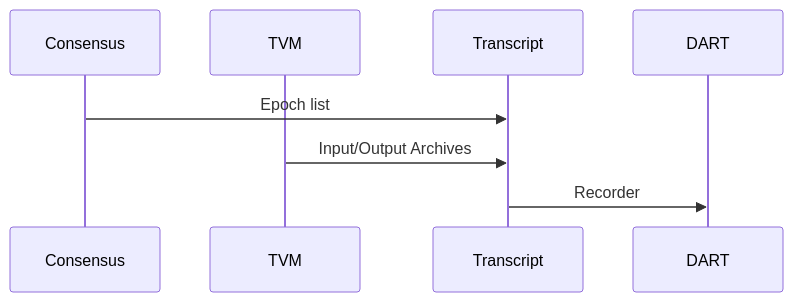
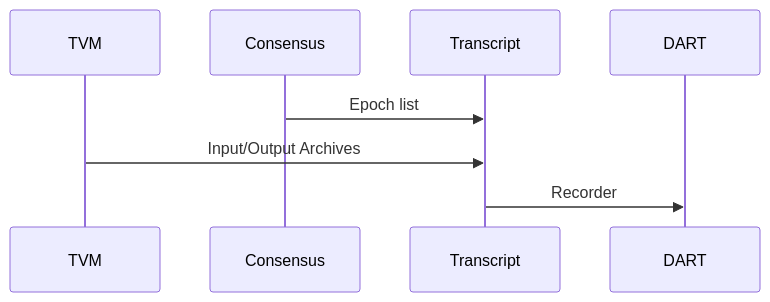
The diagram in documents/architecture/Transcript.md (tagion/tagion), drawn with Mermaid before and after one commit. The commit also changed other lines of this file and 2 other files, not shown here.

````diff
--- a/documents/architecture/Transcript.md
+++ b/documents/architecture/Transcript.md
@@ -16,10 +16,10 @@
 ```mermaid
 sequenceDiagram
+    participant TVM 
     participant Consensus 
-    participant TVM 
     participant Transcript
     participant DART 
     Consensus ->> Transcript: Epoch list  
     TVM ->> Transcript: Input/Output Archives
     Transcript ->> DART: Recorder
 ```
````
